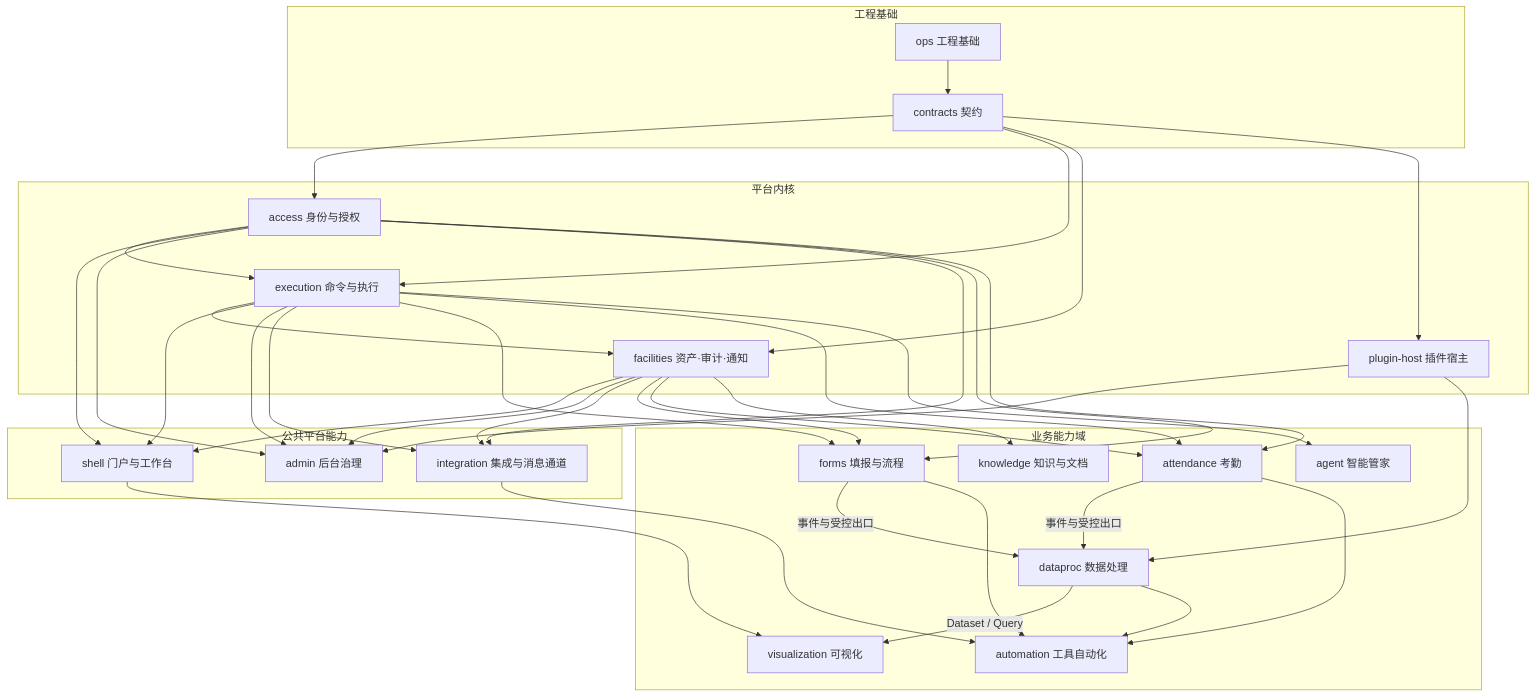
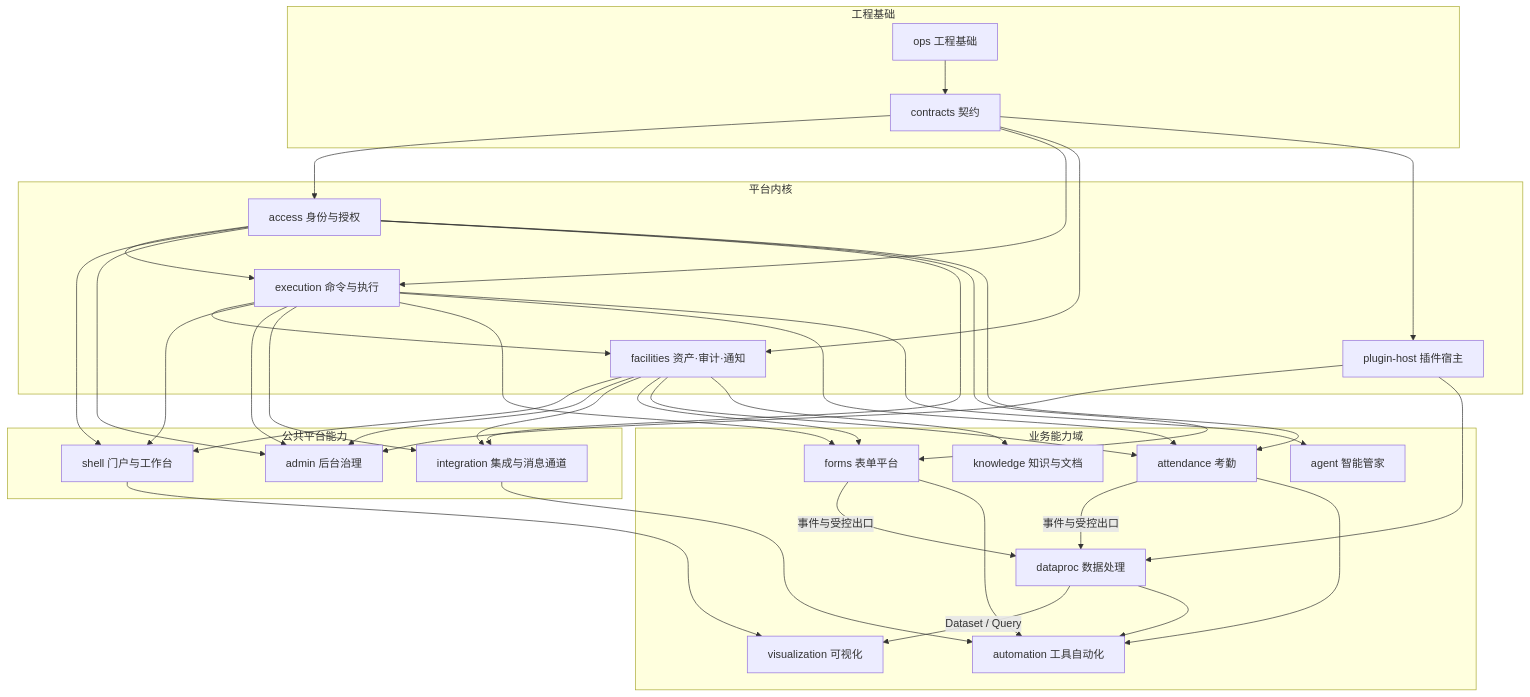
Before and after one commit to noctide/Titanloom: the first of 2 diagrams in docs/Titanloom-开发项目划分与多Agent协作规范-V1.0.md, drawn with Mermaid. The commit also changed other lines of this file and 18 other files, not shown here.

First line of the commit message:
design: 回补门户与前端设计图决定——公告、今日出勤统计、业务参数（ADR-022）、表单平台更名

````diff
--- a/docs/Titanloom-开发项目划分与多Agent协作规范-V1.0.md
+++ b/docs/Titanloom-开发项目划分与多Agent协作规范-V1.0.md
@@ -20,42 +20,42 @@
 ```mermaid
 flowchart TB
     subgraph L0["工程基础"]
         OPS["ops 工程基础"]
         CON["contracts 契约"]
     end
     subgraph L1["平台内核"]
         ACC["access 身份与授权"]
         EXE["execution 命令与执行"]
         FAC["facilities 资产·审计·通知"]
         PLG["plugin-host 插件宿主"]
     end
     subgraph L2["公共平台能力"]
         SHL["shell 门户与工作台"]
         ADM["admin 后台治理"]
         INT["integration 集成与消息通道"]
     end
     subgraph L3["业务能力域"]
-        FRM["forms 填报与流程"]
+        FRM["forms 表单平台"]
         ATT["attendance 考勤"]
         DAT["dataproc 数据处理"]
         VIS["visualization 可视化"]
         AUT["automation 工具自动化"]
         KNO["knowledge 知识与文档"]
         AGT["agent 智能管家"]
     end
     CON --> ACC & EXE & FAC & PLG
     OPS --> CON
     ACC --> EXE
     EXE --> FAC
     ACC & EXE & FAC --> SHL & ADM & INT
     PLG --> ADM
     ACC & EXE & FAC --> FRM & ATT
     FRM & ATT -->|事件与受控出口| DAT
     PLG --> DAT
     DAT -->|Dataset / Query| VIS
     SHL --> VIS
     INT --> AUT
     DAT & FRM & ATT --> AUT
     EXE --> AGT
     FAC --> KNO
 ```
````
